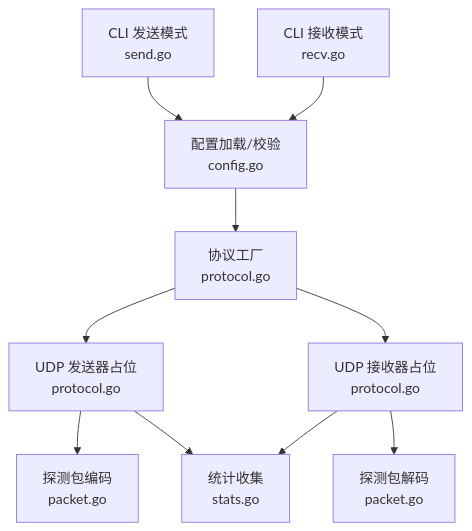
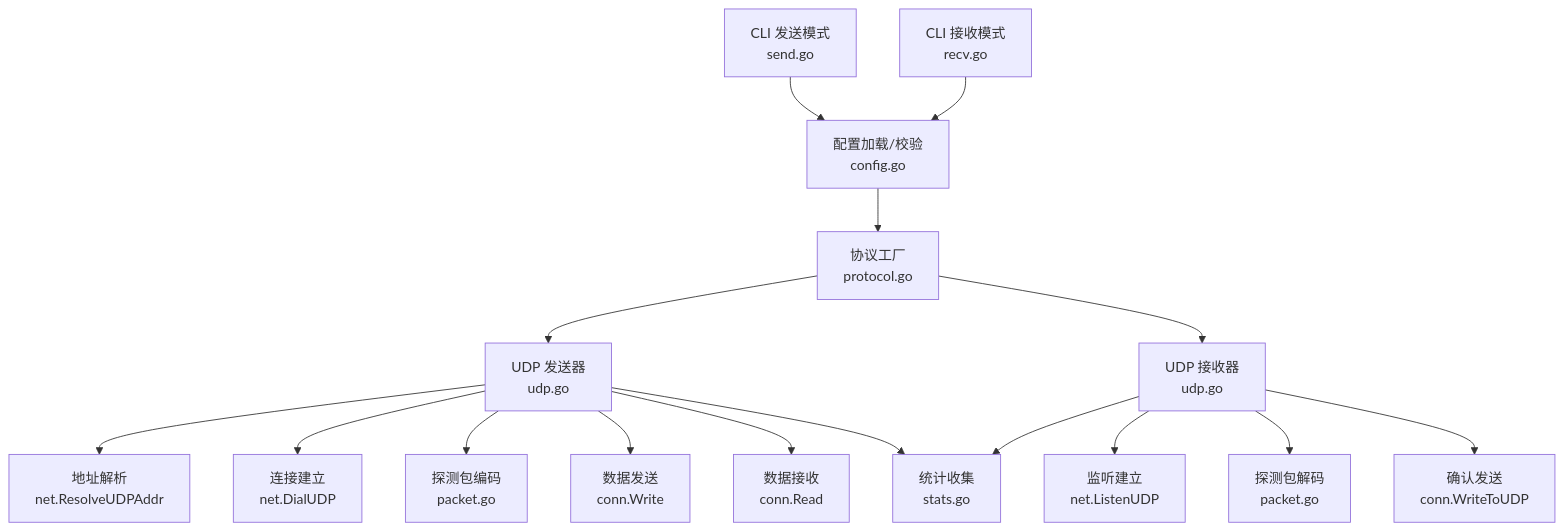
The second of 9 diagrams in .qoder/repowiki/zh/content/网络协议支持/UDP 协议测试.md (yanzhen74/ping-x), drawn with Mermaid before and after one commit. The commit also changed other lines of this file and 16 other files, not shown here.

````diff
--- a/.qoder/repowiki/zh/content/网络协议支持/UDP 协议测试.md
+++ b/.qoder/repowiki/zh/content/网络协议支持/UDP 协议测试.md
@@ -108,12 +121,18 @@
 ```mermaid
 graph TB
 CLI_SEND["CLI 发送模式<br/>send.go"] --> CFG_LOAD["配置加载/校验<br/>config.go"]
 CLI_RECV["CLI 接收模式<br/>recv.go"] --> CFG_LOAD
 CFG_LOAD --> FACTORY["协议工厂<br/>protocol.go"]
-FACTORY --> UDP_SEND["UDP 发送器占位<br/>protocol.go"]
-FACTORY --> UDP_RECV["UDP 接收器占位<br/>protocol.go"]
+FACTORY --> UDP_SEND["UDP 发送器<br/>udp.go"]
+FACTORY --> UDP_RECV["UDP 接收器<br/>udp.go"]
+UDP_SEND --> NET_RESOLVE["地址解析<br/>net.ResolveUDPAddr"]
+UDP_SEND --> NET_DIAL["连接建立<br/>net.DialUDP"]
 UDP_SEND --> PKT_ENC["探测包编码<br/>packet.go"]
+UDP_SEND --> NET_WRITE["数据发送<br/>conn.Write"]
+UDP_SEND --> NET_READ["数据接收<br/>conn.Read"]
+UDP_RECV --> NET_LISTEN["监听建立<br/>net.ListenUDP"]
 UDP_RECV --> PKT_DEC["探测包解码<br/>packet.go"]
+UDP_RECV --> NET_ACK["确认发送<br/>conn.WriteToUDP"]
 UDP_SEND --> STATS_COL["统计收集<br/>stats.go"]
 UDP_RECV --> STATS_COL
 ```
````
